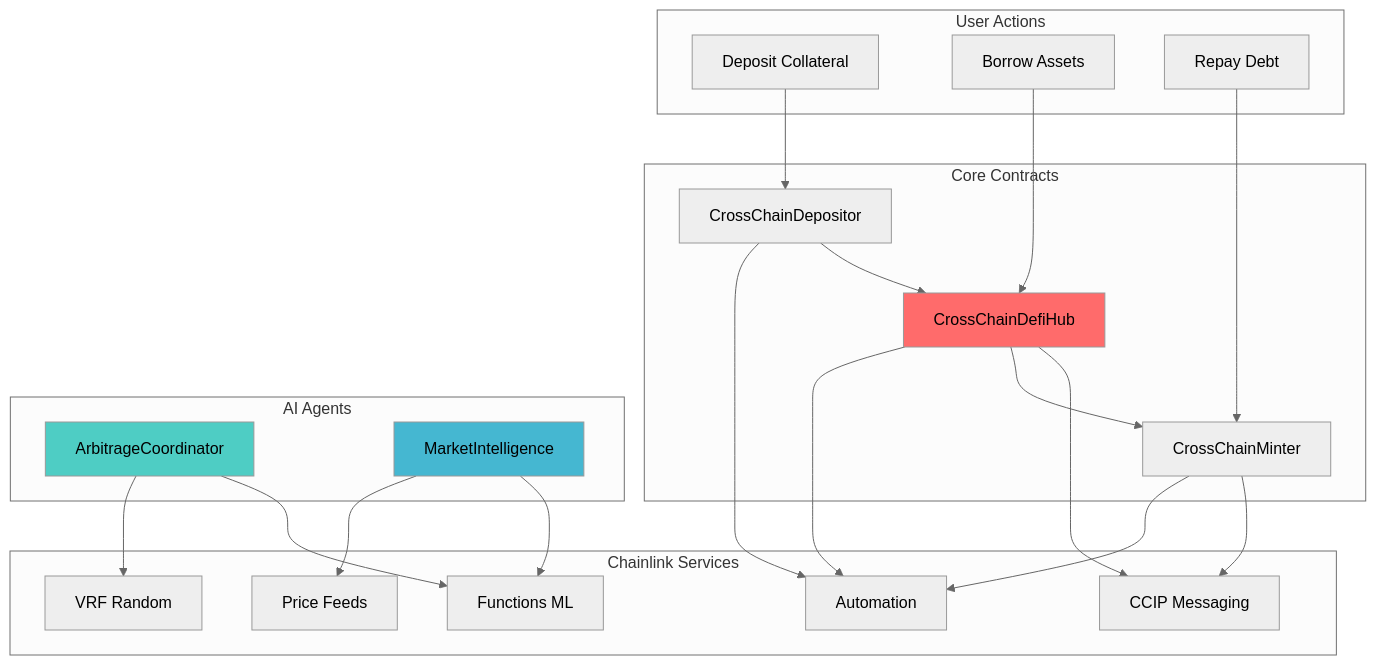
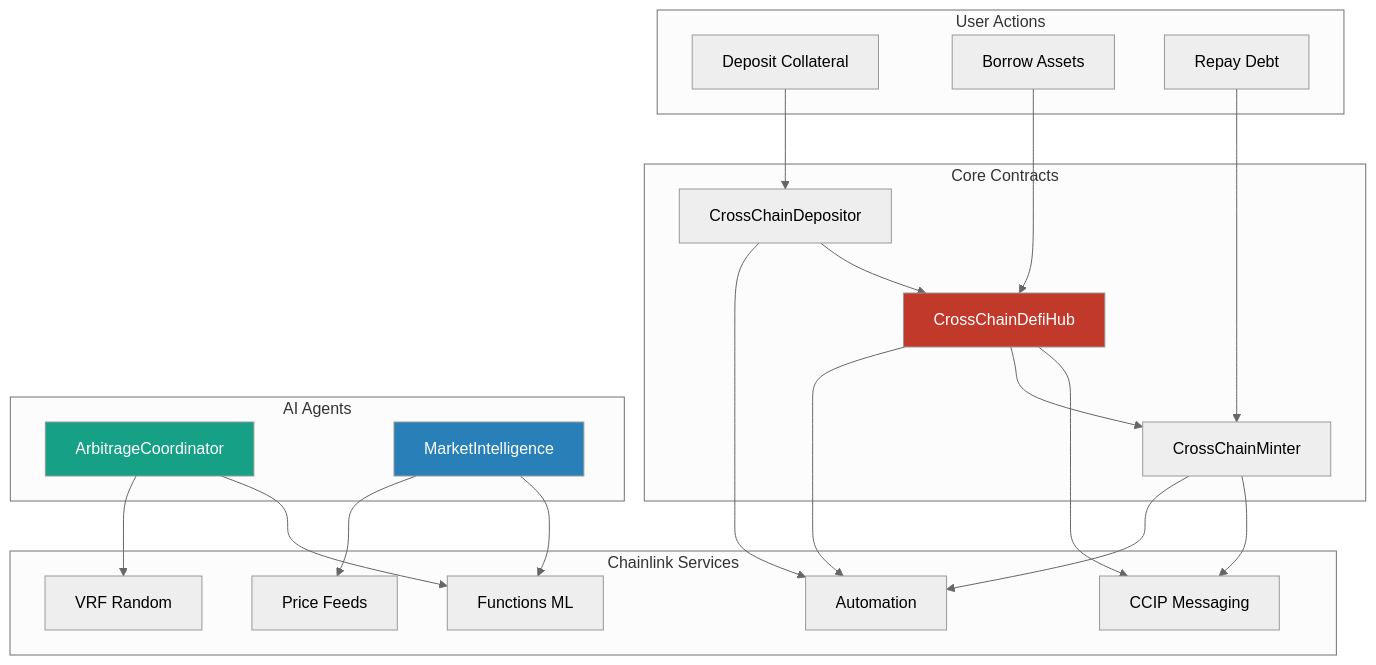
One commit to abhishek-01k/crosschaindefi changed the fourth of 4 diagrams in README.md. Above: the diagram before and after it, drawn with Mermaid (neutral theme). The commit also changed other lines of this file, not shown here.

````diff
--- a/README.md
+++ b/README.md
@@ -303,50 +303,50 @@
 ```mermaid
 graph TD
     subgraph "User Actions"
         DEP_ACTION[Deposit Collateral]
         BORROW_ACTION[Borrow Assets]
         REPAY_ACTION[Repay Debt]
     end
 
     subgraph "Core Contracts"
         HUB[CrossChainDefiHub]
         DEPOSITOR[CrossChainDepositor]
         MINTER[CrossChainMinter]
     end
 
     subgraph "AI Agents"
         ARBITRAGE[ArbitrageCoordinator]
         INTELLIGENCE[MarketIntelligence]
     end
 
     subgraph "Chainlink Services"
         CCIP[CCIP Messaging]
         FUNCTIONS[Functions ML]
         FEEDS[Price Feeds]
         VRF[VRF Random]
         AUTOMATION[Automation]
     end
 
     DEP_ACTION --> DEPOSITOR
     DEPOSITOR --> HUB
     HUB --> CCIP
     
     BORROW_ACTION --> HUB
     HUB --> MINTER
     MINTER --> CCIP
     
     REPAY_ACTION --> MINTER
     
     ARBITRAGE --> FUNCTIONS
     ARBITRAGE --> VRF
     INTELLIGENCE --> FUNCTIONS
     INTELLIGENCE --> FEEDS
     
     HUB --> AUTOMATION
     DEPOSITOR --> AUTOMATION
     MINTER --> AUTOMATION
 
-    style HUB fill:#ff6b6b
-    style ARBITRAGE fill:#4ecdc4
-    style INTELLIGENCE fill:#45b7d1
+    style HUB fill:#c0392b,color:#ffffff
+    style ARBITRAGE fill:#16a085,color:#ffffff
+    style INTELLIGENCE fill:#2980b9,color:#ffffff
 ```
````
